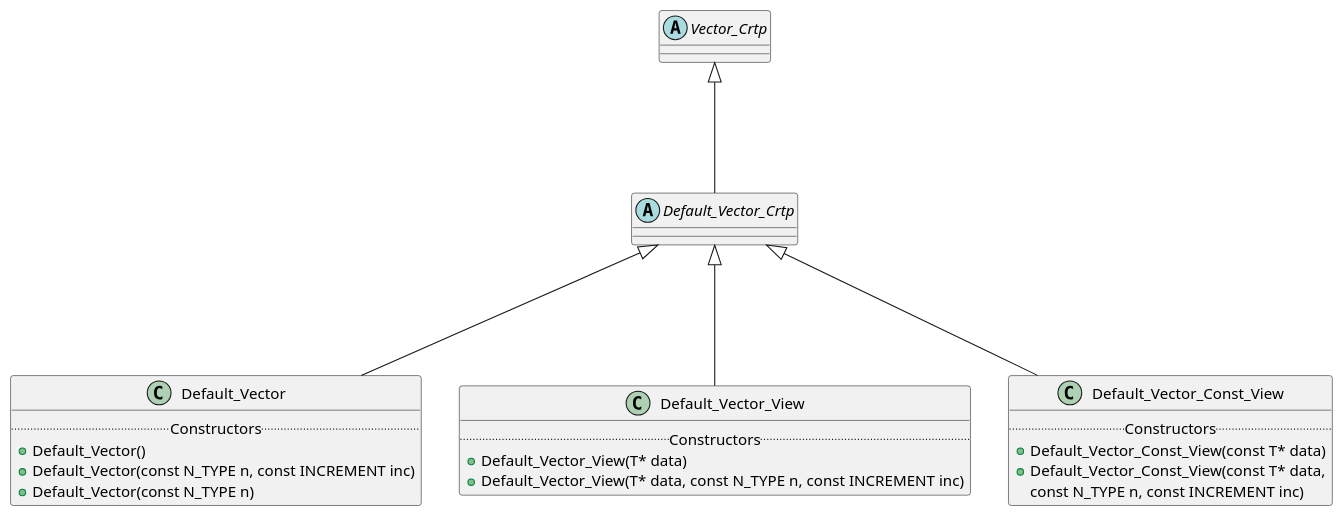
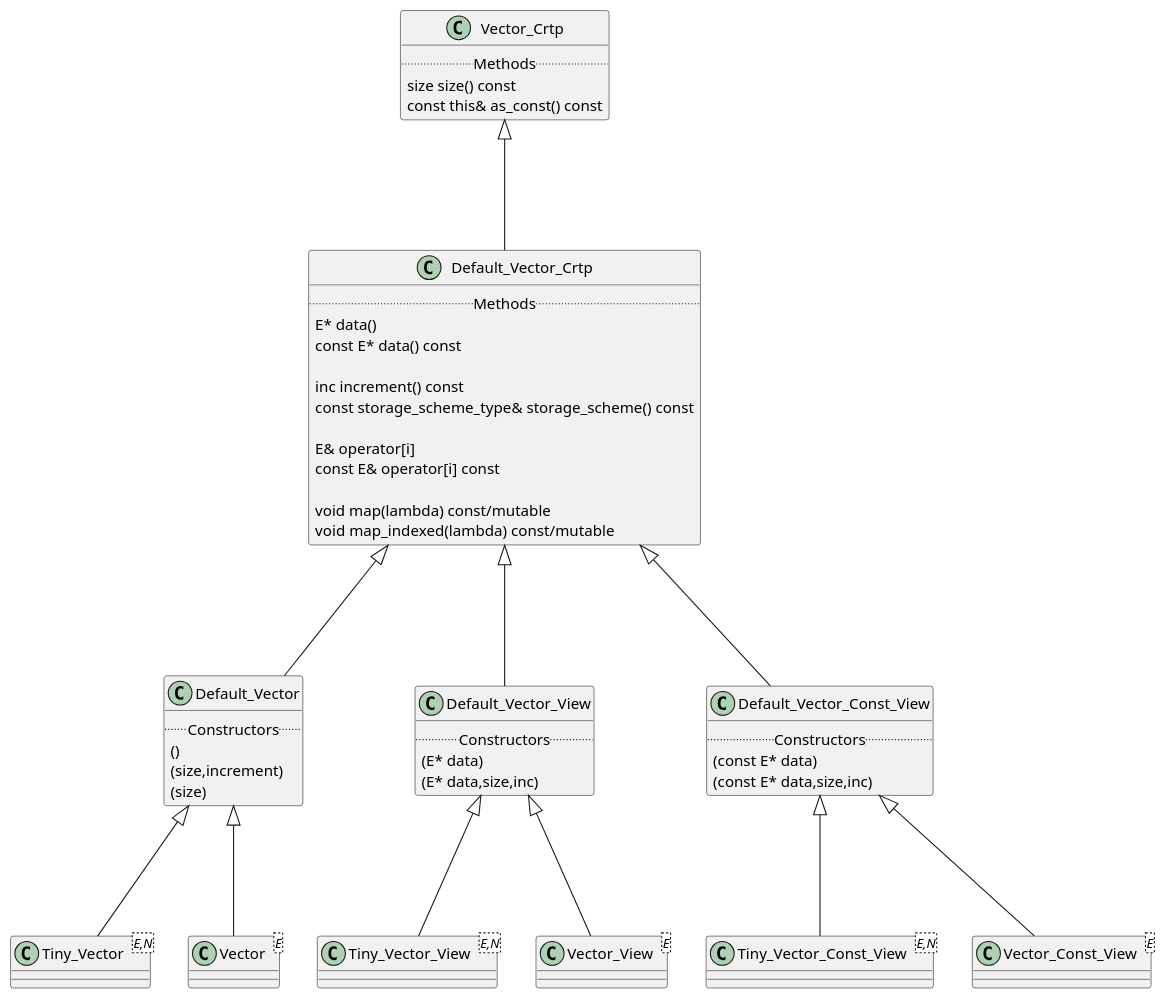
Before and after one commit to vincent-picaud/LinearAlgebra: the diagram in src/LinearAlgebra/dense/vector.hpp.org, drawn with PlantUML. The commit also changed other lines of this file and 3 other files, not shown here.

```diff
--- a/src/LinearAlgebra/dense/vector.hpp.org
+++ b/src/LinearAlgebra/dense/vector.hpp.org
@@ -33,34 +11,70 @@
   #+begin_src plantuml :file ./figures/vector_hierarchy.png :eval no-export
-abstract Vector_Crtp
-abstract Default_Vector_Crtp
+interface Vector_Crtp
+interface Default_Vector_Crtp
 
 class Default_Vector
+class Tiny_Vector<E,N>
+class Vector<E>
+
 class Default_Vector_View
+class Tiny_Vector_View<E,N>
+class Vector_View<E>
+
 class Default_Vector_Const_View
+class Tiny_Vector_Const_View<E,N>
+class Vector_Const_View<E>
 
 Vector_Crtp <|--- Default_Vector_Crtp
 Default_Vector_Crtp  <|--- Default_Vector
+Default_Vector  <|--- Tiny_Vector
+Default_Vector  <|--- Vector
+
 Default_Vector_Crtp  <|--- Default_Vector_View
+Default_Vector_View  <|--- Tiny_Vector_View 
+Default_Vector_View  <|--- Vector_View 
+
 Default_Vector_Crtp  <|--- Default_Vector_Const_View
+Default_Vector_Const_View  <|--- Tiny_Vector_Const_View 
+Default_Vector_Const_View  <|--- Vector_Const_View 
+
+class Vector_Crtp {
+	.. Methods ..
+	size size() const
+	const this& as_const() const
+}
+
+class Default_Vector_Crtp {
+	.. Methods ..
+	E* data() 
+	const E* data() const
+
+	inc increment() const
+	const storage_scheme_type& storage_scheme() const 
+
+	E& operator[i]
+	const E& operator[i] const
+
+	void map(lambda) const/mutable
+	void map_indexed(lambda) const/mutable
+}
 
 class Default_Vector {
- .. Constructors ..
-+ Default_Vector()
-+ Default_Vector(const N_TYPE n, const INCREMENT inc) 
-+ Default_Vector(const N_TYPE n)
+	.. Constructors ..
+	()
+	(size,increment)
+	(size)
 }
 
 class Default_Vector_View {
- .. Constructors ..
-+ Default_Vector_View(T* data)
-+ Default_Vector_View(T* data, const N_TYPE n, const INCREMENT inc)  
+	.. Constructors ..
+	(E* data)
+	(E* data,size,inc)  
 }
 
 class Default_Vector_Const_View {
- .. Constructors ..
-+ Default_Vector_Const_View(const T* data)
-+ Default_Vector_Const_View(const T* data, 
-                          const N_TYPE n, const INCREMENT inc)  
+	.. Constructors ..
+	(const E* data)
+	(const E* data,size,inc)  
 }
 
   #+End_src
```
